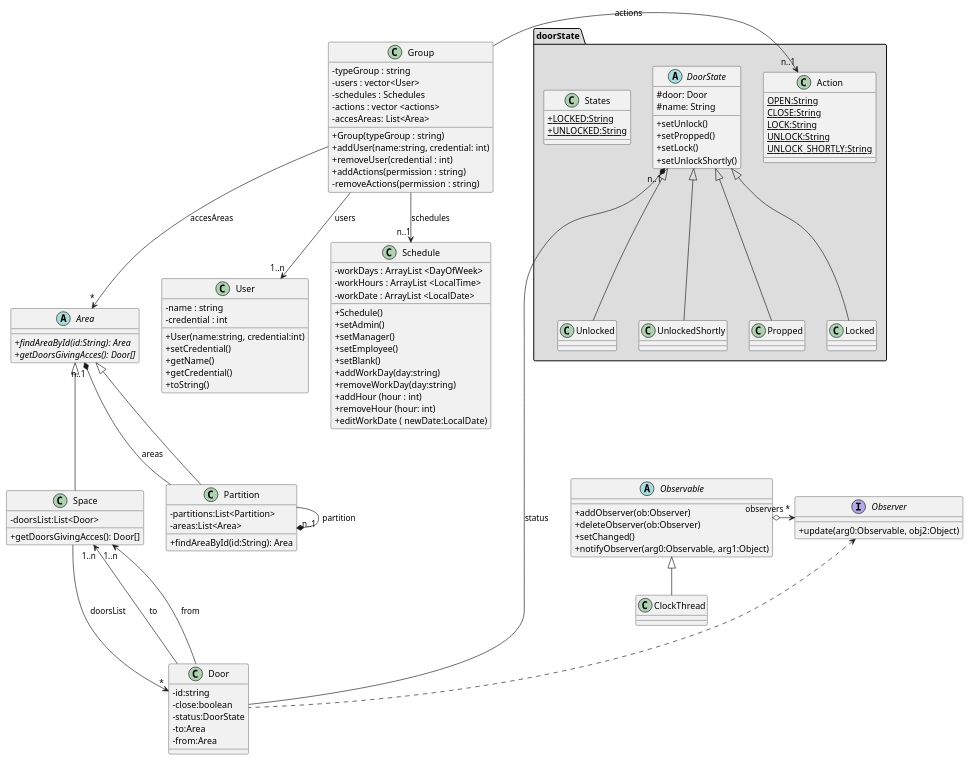
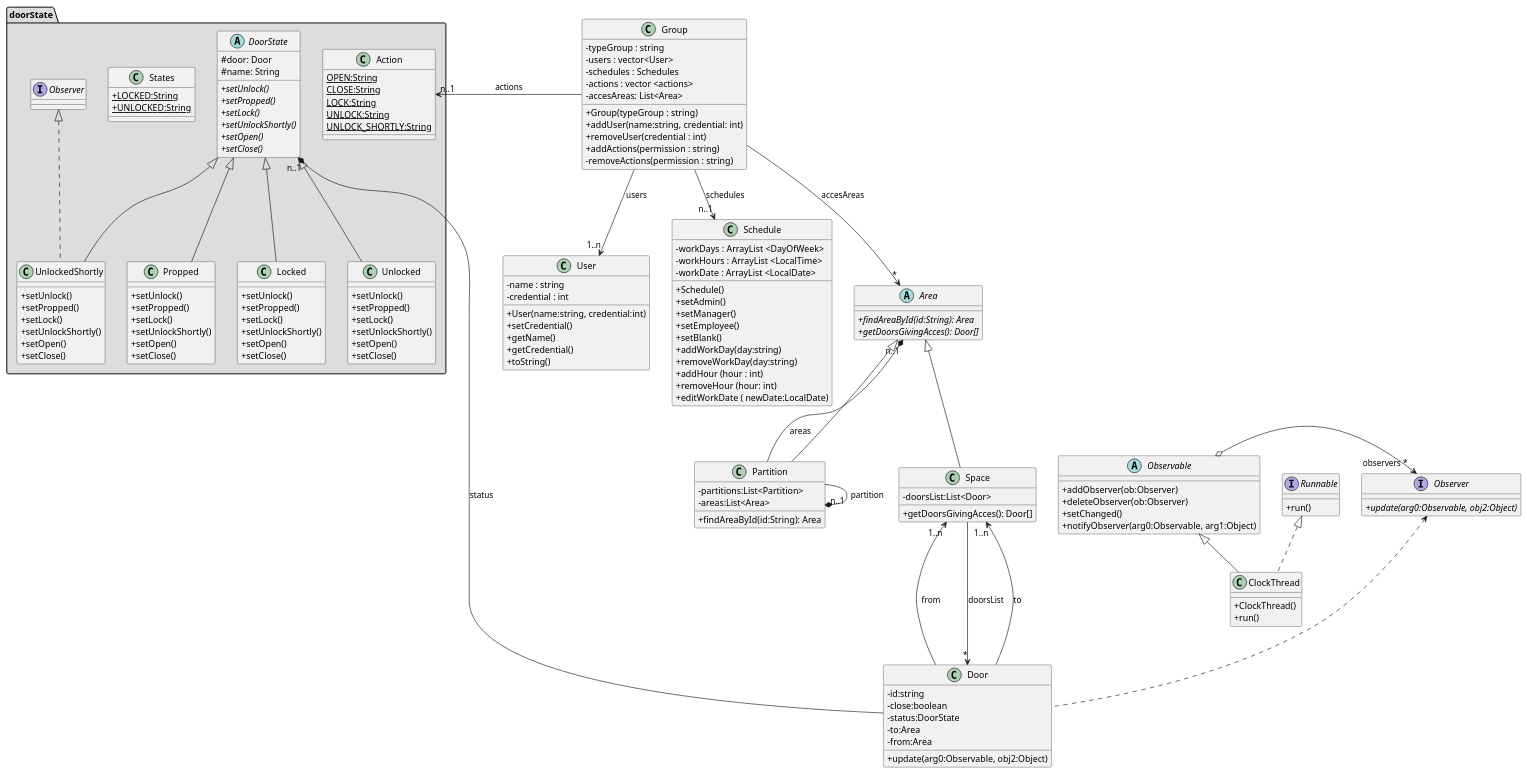
The diagram in src/baseNoStates/uml/class.puml (cuevc/PlabDs), drawn with PlantUML before and after one commit. The commit also changed 5 other files, not shown here.

```diff
--- a/src/baseNoStates/uml/class.puml
+++ b/src/baseNoStates/uml/class.puml
@@ -1,156 +1,190 @@
 @startuml
 skinparam classAttributeIconSize 0
 ' this is to use the standard notation for public, protected, private
 
 class User {
 - name : string
 - credential : int
 + User(name:string, credential:int)
 + setCredential()
 + getName()
 + getCredential()
 + toString()
 }
 
 
 
 class Group{
     - typeGroup : string
     - users : vector<User>
     - schedules : Schedules
     - actions : vector <actions>
     - accesAreas: List<Area>
 
 
    + Group(typeGroup : string)
    + addUser(name:string, credential: int)
    + removeUser(credential : int)
    + addActions(permission : string)
    - removeActions(permission : string)
 
 }
 
 
 class Schedule{
     - workDays : ArrayList <DayOfWeek>
     - workHours : ArrayList <LocalTime>
     - workDate : ArrayList <LocalDate>
 
     + Schedule()
     + setAdmin()
     + setManager()
     + setEmployee()
     + setBlank()
     + addWorkDay(day:string)
     + removeWorkDay(day:string)
     + addHour (hour : int)
     + removeHour (hour: int)
     + editWorkDate ( newDate:LocalDate)
 
 }
 
 
 class Door{
     -id:string
     -close:boolean
     -status:DoorState
     -to:Area
     -from:Area
+
+    +update(arg0:Observable, obj2:Object)
 }
 
 namespace doorState #DDDDDD{
     class States{
        +{static}LOCKED:String
        +{static}UNLOCKED:String
     }
 
     class Action{
         {static}OPEN:String
         {static}CLOSE:String
         {static}LOCK:String
         {static}UNLOCK:String
         {static}UNLOCK_SHORTLY:String
     }
 
     abstract DoorState{
         #door: Door
         #name: String
+        {abstract}+setUnlock()
+        {abstract}+setPropped()
+        {abstract}+setLock()
+        {abstract}+setUnlockShortly()
+        {abstract}+setOpen()
+        {abstract}+setClose()
+
+    }
+
+    class Unlocked extends DoorState{
         +setUnlock()
         +setPropped()
         +setLock()
         +setUnlockShortly()
-    }
-
-    class Unlocked extends DoorState{
+        +setOpen()
+        +setClose()
 
     }
 
-    class UnlockedShortly extends DoorState{
-
+    class UnlockedShortly extends DoorState implements Observer{
+        +setUnlock()
+        +setPropped()
+        +setLock()
+        +setUnlockShortly()
+        +setOpen()
+        +setClose()
     }
 
     class Propped extends DoorState{
-
+        +setUnlock()
+        +setPropped()
+        +setLock()
+        +setUnlockShortly()
+        +setOpen()
+        +setClose()
     }
 
     class Locked extends DoorState{
-
+        +setUnlock()
+        +setPropped()
+        +setLock()
+        +setUnlockShortly()
+        +setOpen()
+        +setClose()
     }
 }
 
 
 abstract Area{
     {abstract}+findAreaById(id:String): Area
     {abstract}+getDoorsGivingAcces(): Door[]
 }
 
 class Partition extends Area{
     -partitions:List<Partition>
     -areas:List<Area>
 
     +findAreaById(id:String): Area
 }
 
  class Space Extends Area{
     -doorsList:List<Door>
 
     +getDoorsGivingAcces(): Door[]
 }
 
 
 abstract Observable{
     +addObserver(ob:Observer)
     +deleteObserver(ob:Observer)
     +setChanged()
     +notifyObserver(arg0:Observable, arg1:Object)
 }
 
 interface Observer{
-    +update(arg0:Observable, obj2:Object)
+    {abstract}+update(arg0:Observable, obj2:Object)
 }
 
 
-class ClockThread extends Observable{
+class ClockThread extends Observable implements Runnable{
+
+    +ClockThread()
+    +run()
 
 }
+interface Runnable{
+    +run()
+}
+
+
 
 Group -left-> "n..1" Action : actions
 Group -down-> "n..1" Schedule : schedules
 Group -down-> "1..n"  User: users
 
 
 Door --up->"1..n" Space: to
 Door --up->"1..n" Space: from
 Door -right-*"n..1" DoorState : status
 
 Partition --right*"n..1" Partition : partition
 Partition --down*"n..1" Area: areas
 
 Space --down->"*" Door:doorsList
 
 Group -->"*" Area: accesAreas
 
 Observable o-right-> "observers *" Observer
 
 Door ..Up.> Observer
 @enduml
```
